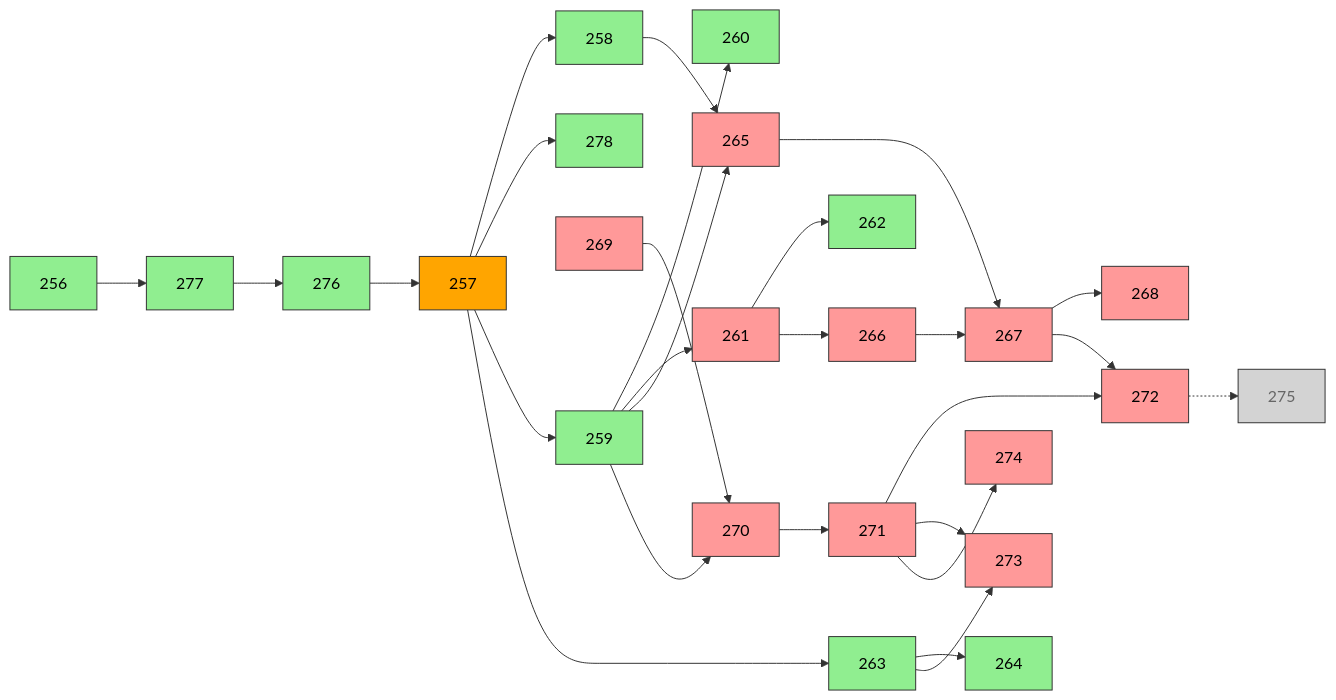
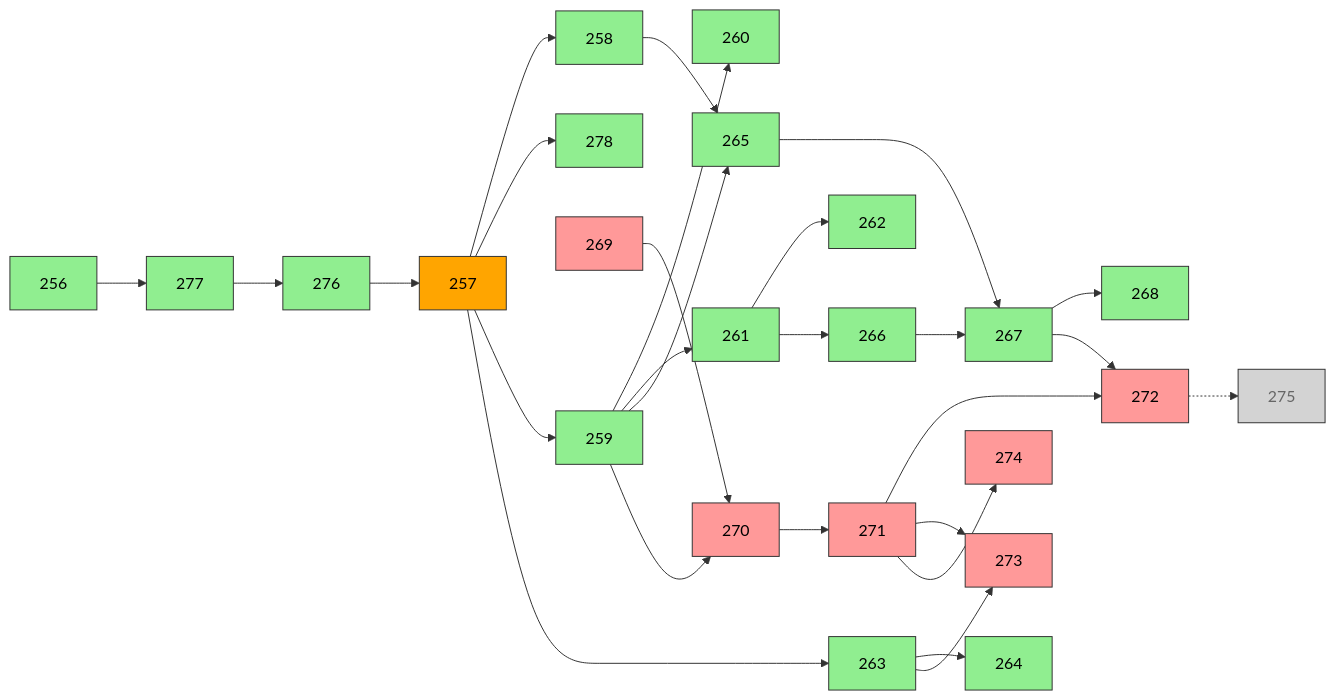
The second of 2 diagrams in docs/EPIC - COMPAGNON CONVERSATIONNEL/CADRAGE_COMPAGNON_ACTIF.md (eremyperso/assistant-potager), drawn with Mermaid before and after one commit. The commit also changed other lines of this file and 94 other files, not shown here.

````diff
--- a/docs/EPIC - COMPAGNON CONVERSATIONNEL/CADRAGE_COMPAGNON_ACTIF.md
+++ b/docs/EPIC - COMPAGNON CONVERSATIONNEL/CADRAGE_COMPAGNON_ACTIF.md
@@ -637,29 +664,29 @@
 ```mermaid
 flowchart LR
     classDef realise fill:#90EE90,stroke:#333,color:#000;
     classDef encours fill:#FFA500,stroke:#333,color:#000;
     classDef afaire fill:#FF9999,stroke:#333,color:#000;
     classDef facultatif fill:#D3D3D3,stroke:#333,color:#666;
     
     256 --> 277 --> 276 --> 257 --> 258
     257 --> 278
     257 --> 259 --> 260
     259 --> 261 --> 262
     257 --> 263 --> 264
     258 --> 265
     259 --> 265
     261 --> 266 --> 267 --> 268
     265 --> 267
     269 --> 270 --> 271 --> 272
     259 --> 270
     267 --> 272
     263 --> 273
     271 --> 273
     271 --> 274
     272 -.-> 275
     
-    class 256,258,259,260,262,263,264,276,277,278 realise;
+    class 256,258,259,260,261,262,263,264,265,276,277,278,266,267,268 realise;
     class 257 encours;
-    class 261,265,266,267,268,269,270,271,272,273,274 afaire;
+    class 269,270,271,272,273,274 afaire;
     class 275 facultatif;
 ```
````
